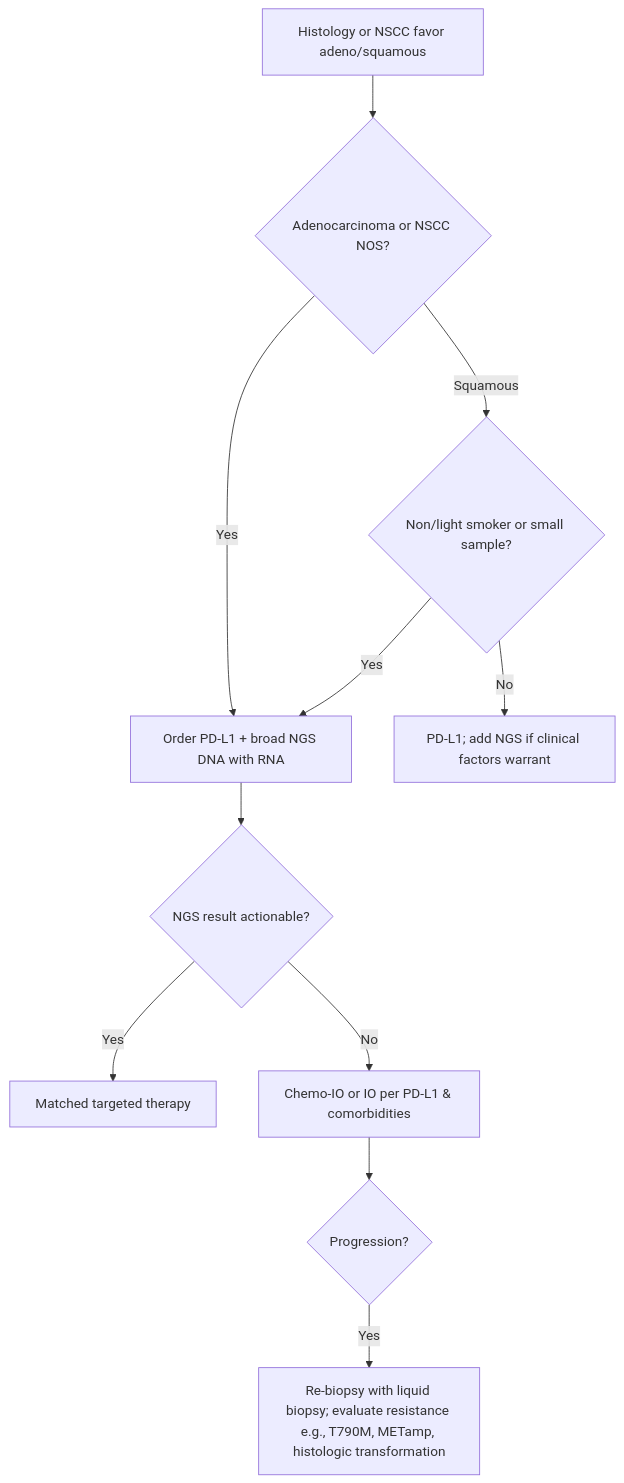
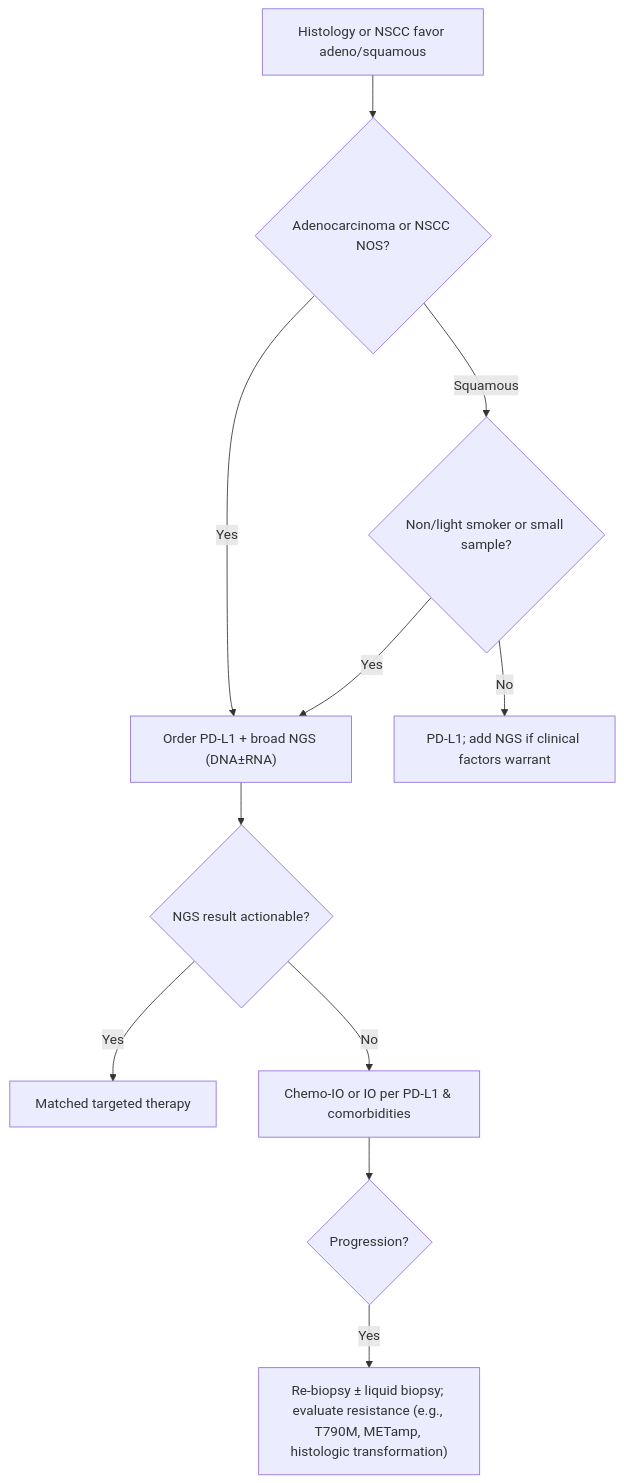
The second of 2 diagrams in content/modules/board/pathology-histology-cytology-rose-and-molecular-markers.mdx (russellmiller49/Interventional-Pulm-Education-Project), drawn with Mermaid before and after one commit. The commit also changed other lines of this file and 45 other files, not shown here.

````diff
--- a/content/modules/board/pathology-histology-cytology-rose-and-molecular-markers.mdx
+++ b/content/modules/board/pathology-histology-cytology-rose-and-molecular-markers.mdx
@@ -199,13 +156,13 @@
 ```mermaid
 flowchart TD
-A[Histology or NSCC favor adeno/squamous] --> B{Adenocarcinoma or NSCC NOS?}
-B -->|Yes| C[Order PD-L1 + broad NGS DNA with RNA]
-B -->|Squamous| D{Non/light smoker or small sample?}
-D -->|Yes| C
-D -->|No| E[PD-L1; add NGS if clinical factors warrant]
-C --> F{NGS result actionable?}
-F -->|Yes| G[Matched targeted therapy]
-F -->|No| H[Chemo-IO or IO per PD-L1 & comorbidities]
-H --> I{Progression?}
-I -->|Yes| J[Re-biopsy with liquid biopsy; evaluate resistance e.g., T790M, METamp, histologic transformation]
+        A["Histology or NSCC favor adeno/squamous"] --> B{"Adenocarcinoma or NSCC NOS?"}
+        B -- "Yes" --> C["Order PD-L1 + broad NGS (DNA±RNA)"]
+        B -- "Squamous" --> D{"Non/light smoker or small sample?"}
+        D -- "Yes" --> C
+        D -- "No" --> E["PD-L1; add NGS if clinical factors warrant"]
+        C --> F{"NGS result actionable?"}
+        F -- "Yes" --> G["Matched targeted therapy"]
+        F -- "No" --> H["Chemo-IO or IO per PD-L1 & comorbidities"]
+        H --> I{"Progression?"}
+        I -- "Yes" --> J["Re-biopsy ± liquid biopsy; evaluate resistance (e.g., T790M, METamp, histologic transformation)"]
 ```
````
